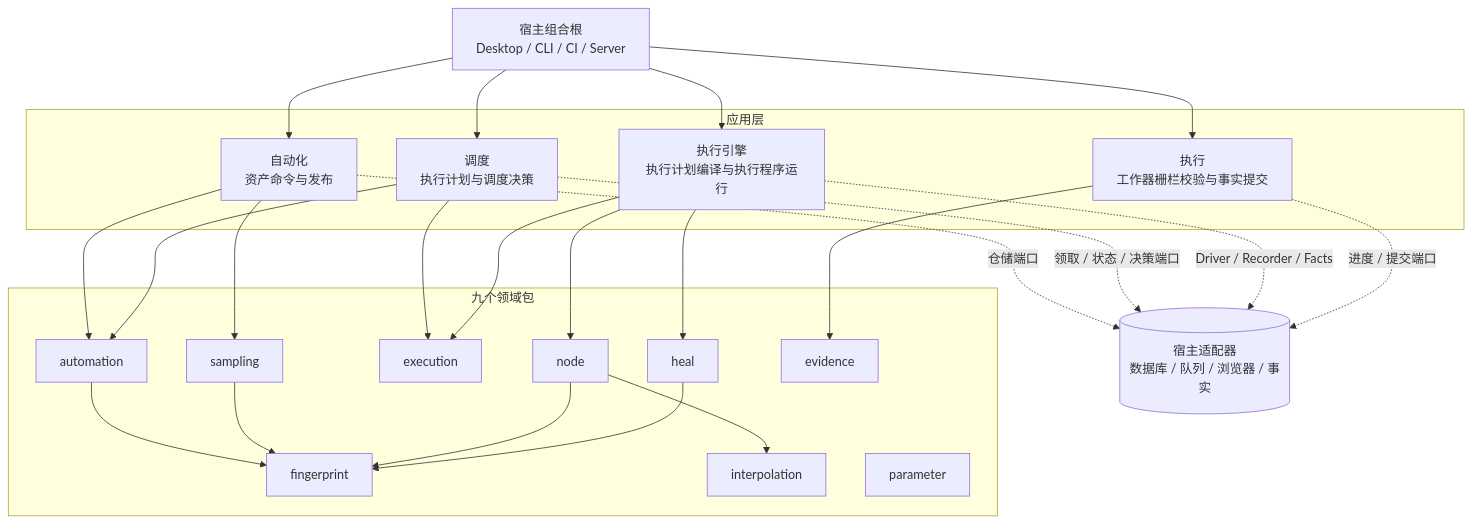
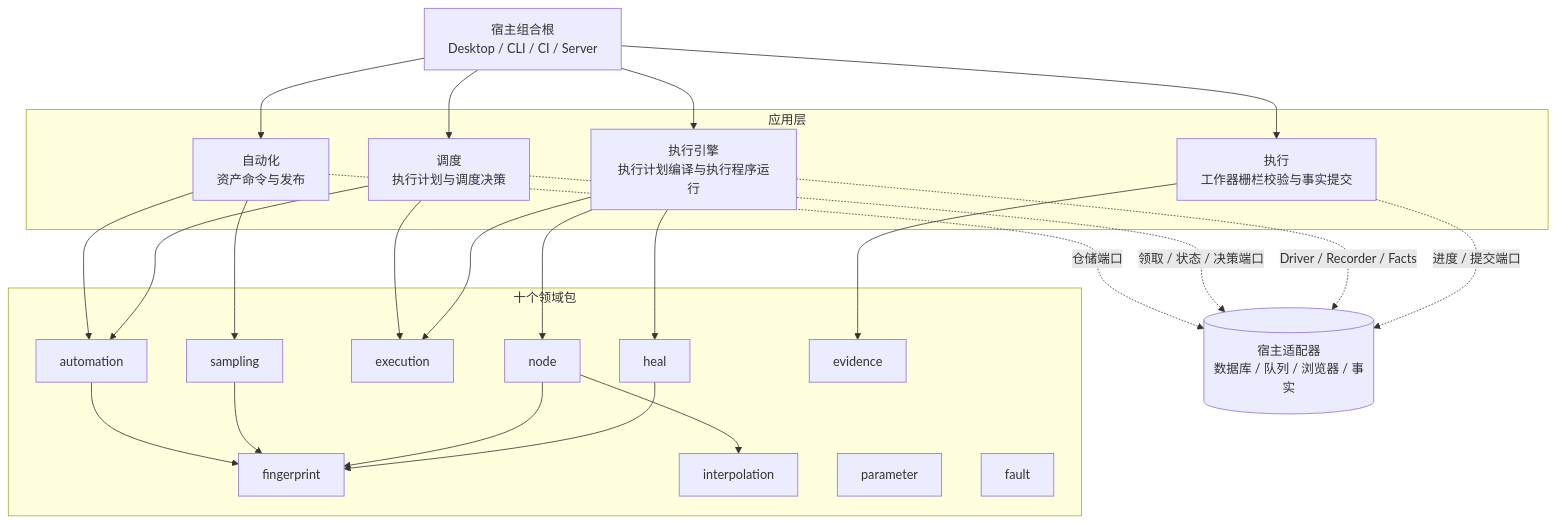
Before and after one commit to Capsule7446/healix-core: the first of 2 diagrams in README.md, drawn with Mermaid. The commit also changed other lines of this file and 380 other files, not shown here.

````diff
--- a/README.md
+++ b/README.md
@@ -39,47 +42,48 @@
 ```mermaid
 flowchart TB
   Host[宿主组合根<br/>Desktop / CLI / CI / Server]
 
   subgraph App[应用层]
     AA[自动化<br/>资产命令与发布]
     AS[调度<br/>执行计划与调度决策]
     AE[执行引擎<br/>执行计划编译与执行程序运行]
     AX[执行<br/>工作器栅栏校验与事实提交]
   end
 
-  subgraph Domain[九个领域包]
+  subgraph Domain[十个领域包]
     DA[automation]
     DS[sampling]
     DE[execution]
     DN[node]
     DH[heal]
     DV[evidence]
     DF[fingerprint]
     DI[interpolation]
     DP[parameter]
+    DU[fault]
   end
 
   Adapters[(宿主适配器<br/>数据库 / 队列 / 浏览器 / 事实)]
 
   Host --> AA
   Host --> AS
   Host --> AE
   Host --> AX
   AA --> DA
   AA --> DS
   AS --> DA
   AS --> DE
   AE --> DE
   AE --> DN
   AE --> DH
   AX --> DV
   DA --> DF
   DS --> DF
   DN --> DF
   DN --> DI
   DH --> DF
   AA -. 仓储端口 .-> Adapters
   AS -. 领取 / 状态 / 决策端口 .-> Adapters
   AE -. Driver / Recorder / Facts .-> Adapters
   AX -. 进度 / 提交端口 .-> Adapters
 ```
````
